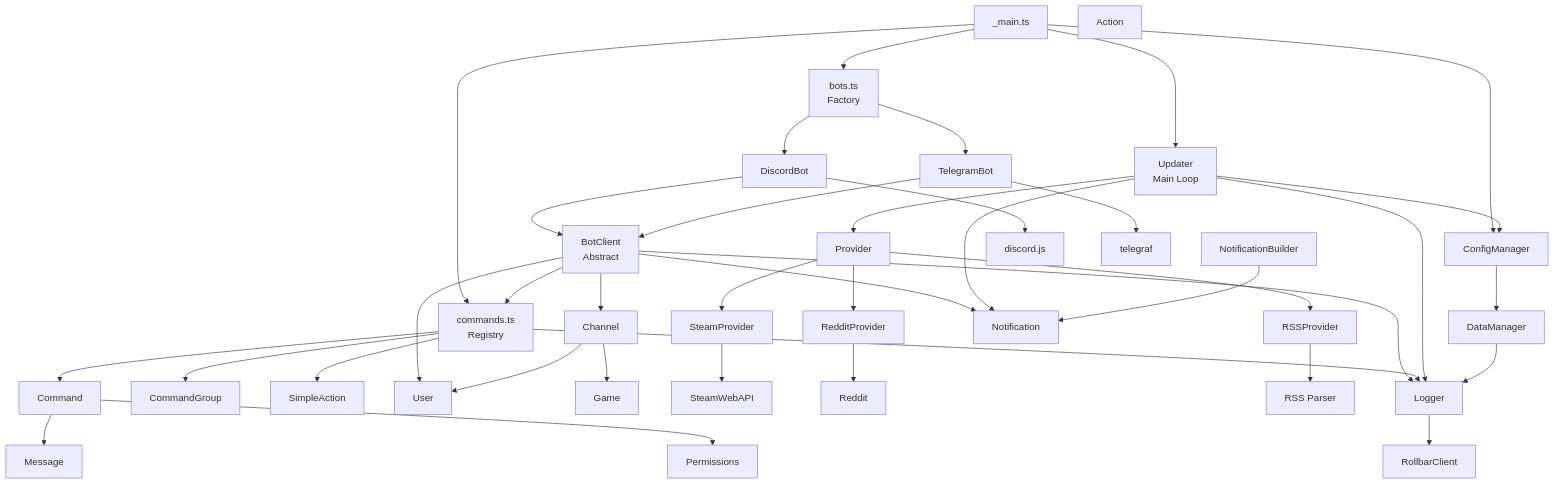
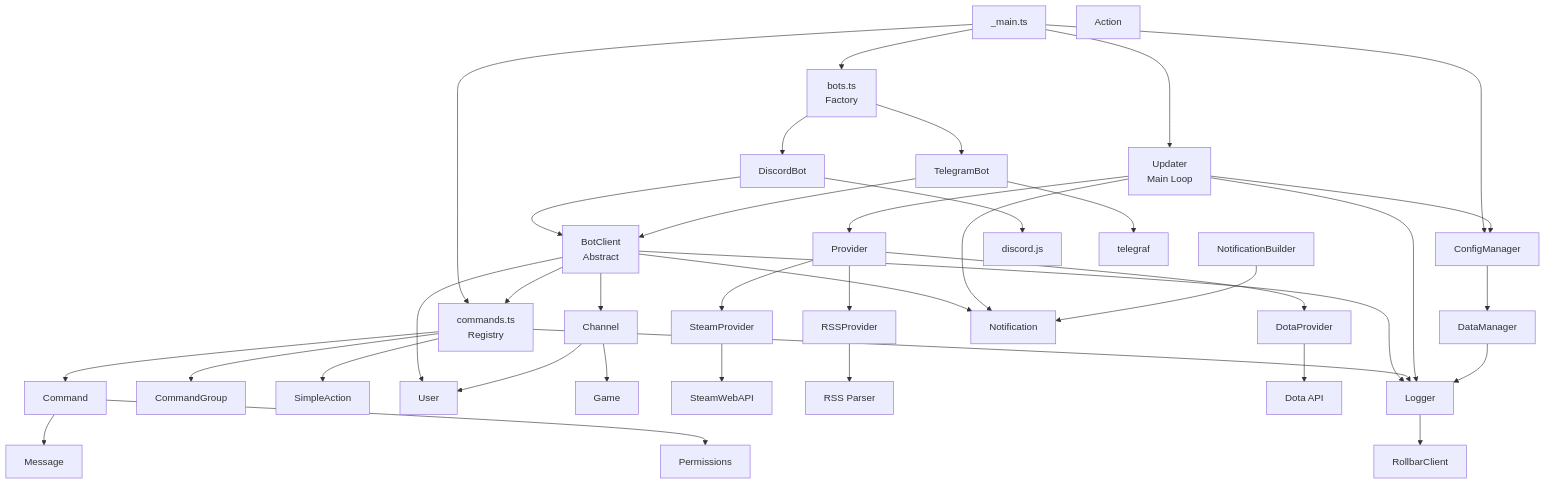
Before and after one commit to GameFeeder/GameFeeder: the diagram in ARCHITECTURE.md, drawn with Mermaid. The commit also changed other lines of this file, not shown here.

Commit message:
Remove Reddit

```diff
--- a/ARCHITECTURE.md
+++ b/ARCHITECTURE.md
@@ -31,12 +31,12 @@
     Updater["Updater<br/>Main Loop"]
     Provider["Provider"]
     SteamProvider["SteamProvider"]
-    RedditProvider["RedditProvider"]
     RSSProvider["RSSProvider"]
+    DotaProvider["DotaProvider"]
     
     SteamAPI["SteamWebAPI"]
-    Reddit["Reddit"]
     RSS["RSS Parser"]
+    Dota["Dota API"]
     
     Notification["Notification"]
     NotificationBuilder["NotificationBuilder"]
@@ -85,12 +85,12 @@
     Updater --> Logger
     
     Provider --> SteamProvider
-    Provider --> RedditProvider
     Provider --> RSSProvider
+    Provider --> DotaProvider
     
     SteamProvider --> SteamAPI
-    RedditProvider --> Reddit
     RSSProvider --> RSS
+    DotaProvider --> Dota
     
     NotificationBuilder --> Notification
     
```
